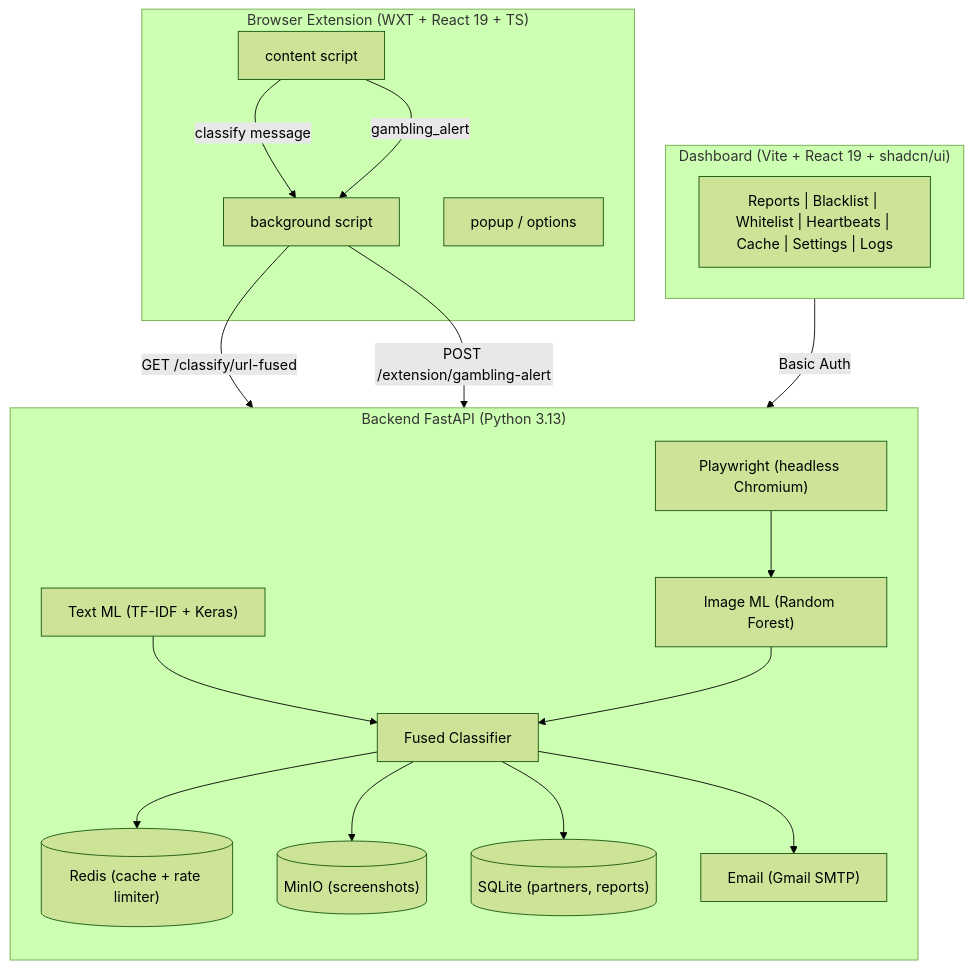
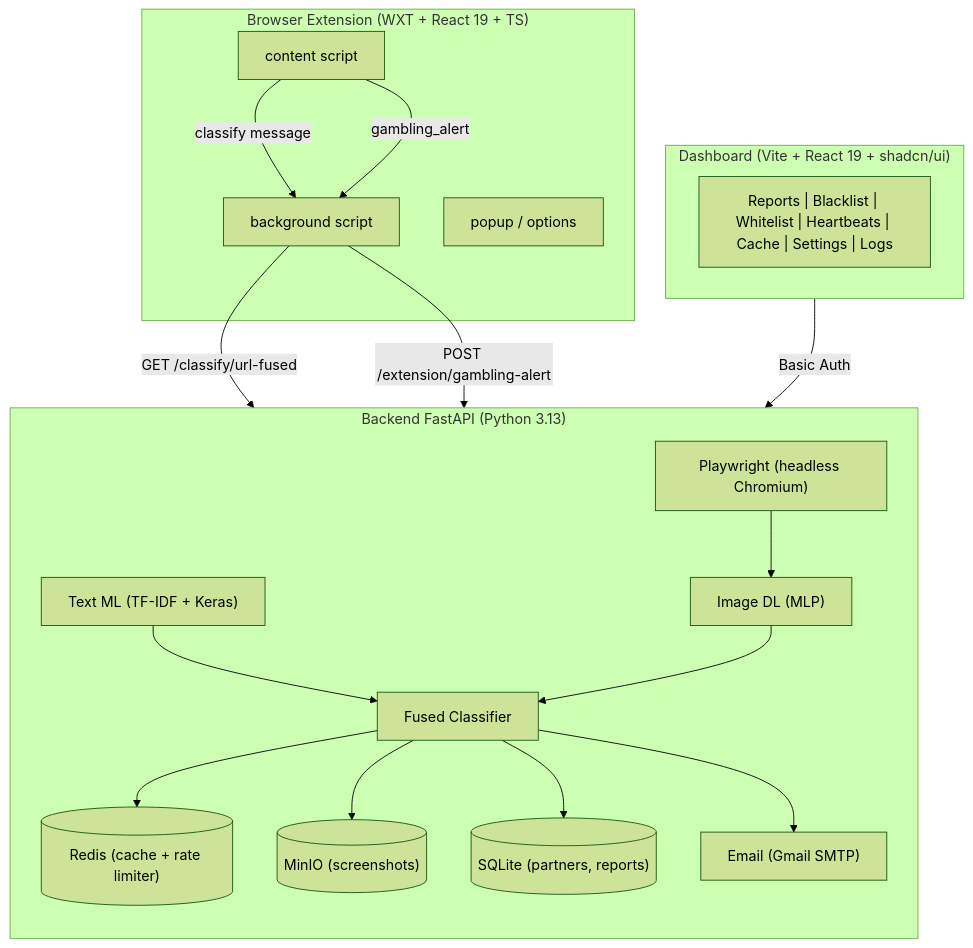
The diagram in README.en.md (rizkyfauziilmi/gambling-blocker), drawn with Mermaid (forest theme) before and after one commit. The commit also changed 12 other files, not shown here.

````diff
--- a/README.en.md
+++ b/README.en.md
@@ -7,35 +7,35 @@
 ```mermaid
 flowchart TB
     subgraph Ext["Browser Extension (WXT + React 19 + TS)"]
         BG["background script"]
         CS["content script"]
         PP["popup / options"]
     end
     subgraph API["Backend FastAPI (Python 3.13)"]
         direction TB
         FC["Fused Classifier"]
         TXT["Text ML (TF-IDF + Keras)"]
-        IMG["Image ML (Random Forest)"]
+        IMG["Image DL (MLP)"]
         RD[("Redis (cache + rate limiter)")]
         MINIO[("MinIO (screenshots)")]
         PW["Playwright (headless Chromium)"]
         SQ[("SQLite (partners, reports)")]
         EM["Email (Gmail SMTP)"]
         TXT --> FC
         IMG --> FC
         PW --> IMG
     end
     subgraph DASH["Dashboard (Vite + React 19 + shadcn/ui)"]
         TABS["Reports | Blacklist | Whitelist | Heartbeats | Cache | Settings | Logs"]
     end
 
     CS -->|"classify message"| BG
     CS -->|"gambling_alert"| BG
     BG -->|"GET /classify/url-fused"| FC
     BG -->|"POST /extension/gambling-alert"| EM
     DASH -->|"Basic Auth"| API
     FC --> RD
     FC --> MINIO
     FC --> SQ
     FC --> EM
 ```
````
